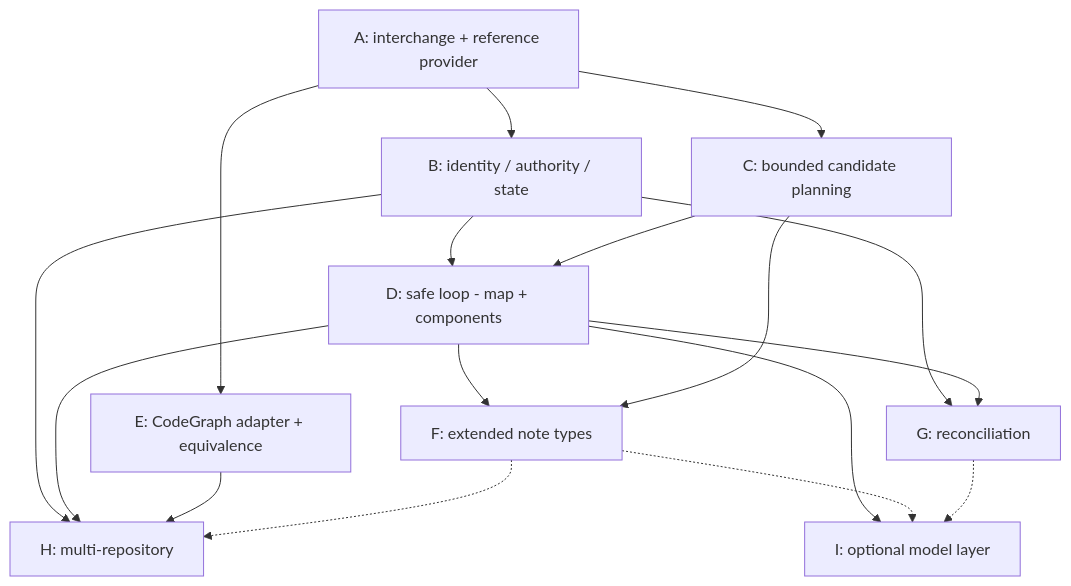
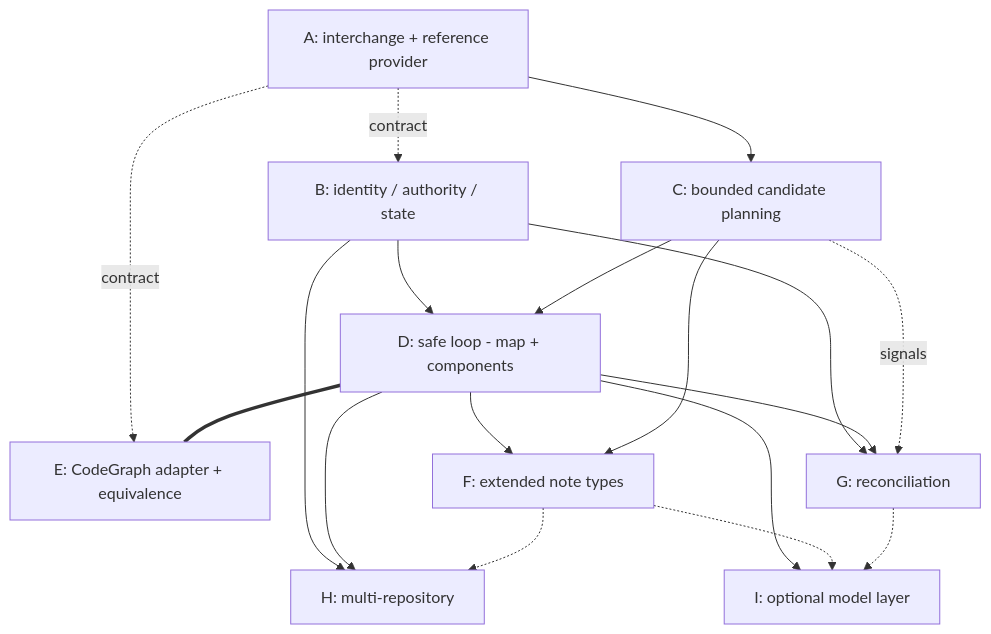
One commit to t-step/bindle-archive changed the diagram in docs/design/2026-07-18-141-architecture-projection-epic.md. Above: the diagram before and after it, drawn with Mermaid. The commit also changed other lines of this file, not shown here.

````diff
--- a/docs/design/2026-07-18-141-architecture-projection-epic.md
+++ b/docs/design/2026-07-18-141-architecture-projection-epic.md
@@ -539,29 +681,30 @@
 ```mermaid
 graph TD
     A[A: interchange + reference provider]
     B[B: identity / authority / state]
     C[C: bounded candidate planning]
     D[D: safe loop - map + components]
     E[E: CodeGraph adapter + equivalence]
     F[F: extended note types]
     G[G: reconciliation]
     H[H: multi-repository]
     I[I: optional model layer]
 
-    A --> B
+    A -.contract.-> B
     A --> C
-    A --> E
+    A -.contract.-> E
     B --> D
     C --> D
     D --> F
     C --> F
     B --> G
     D --> G
+    C -.signals.-> G
     B --> H
     D --> H
-    E --> H
     F -.-> H
     D --> I
     F -.-> I
     G -.-> I
+    D === E
 ```
````
